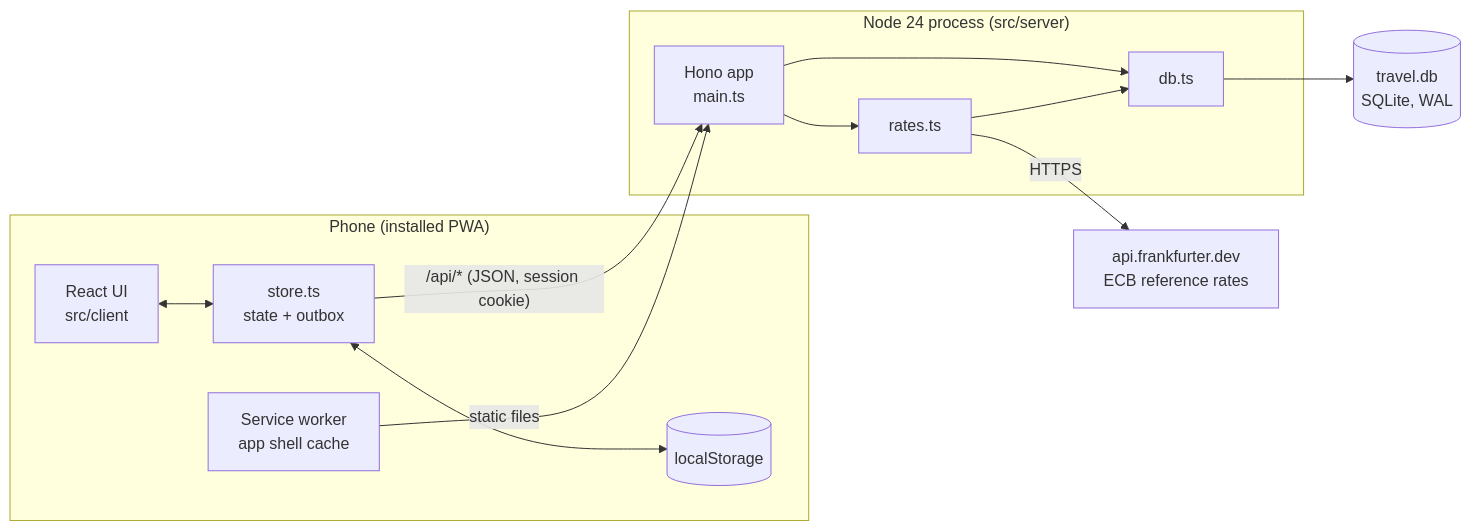
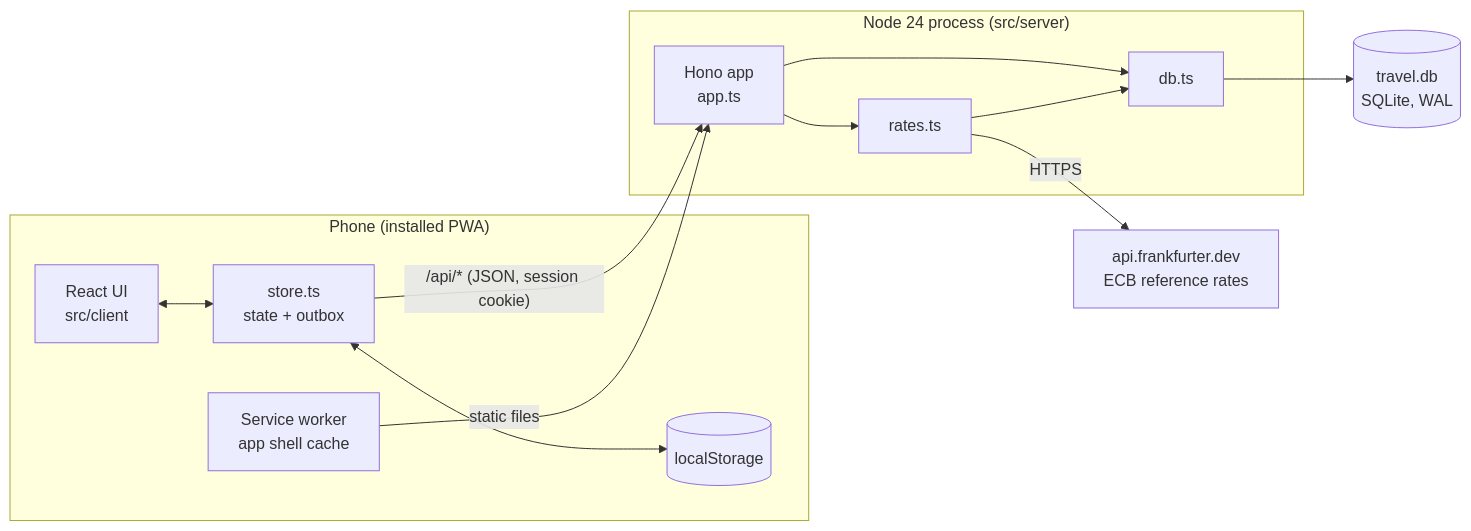
The first of 7 diagrams in docs/ARCHITECTURE.md (hazmah0/trip-split), drawn with Mermaid before and after one commit. The commit also changed other lines of this file and 20 other files, not shown here.

````diff
--- a/docs/ARCHITECTURE.md
+++ b/docs/ARCHITECTURE.md
@@ -9,28 +9,28 @@
 ```mermaid
 flowchart LR
   subgraph Phone["Phone (installed PWA)"]
     UI["React UI<br/>src/client"]
     Store["store.ts<br/>state + outbox"]
     LS[("localStorage")]
     SW["Service worker<br/>app shell cache"]
     UI <--> Store
     Store <--> LS
   end
 
   subgraph Server["Node 24 process (src/server)"]
-    API["Hono app<br/>main.ts"]
+    API["Hono app<br/>app.ts"]
     Rates["rates.ts"]
     DB["db.ts"]
     API --> DB
     API --> Rates
     Rates --> DB
   end
 
   SQLite[("travel.db<br/>SQLite, WAL")]
   ECB["api.frankfurter.dev<br/>ECB reference rates"]
 
   Store -- "/api/* (JSON, session cookie)" --> API
   SW -- "static files" --> API
   DB --> SQLite
   Rates -- HTTPS --> ECB
 ```
````
